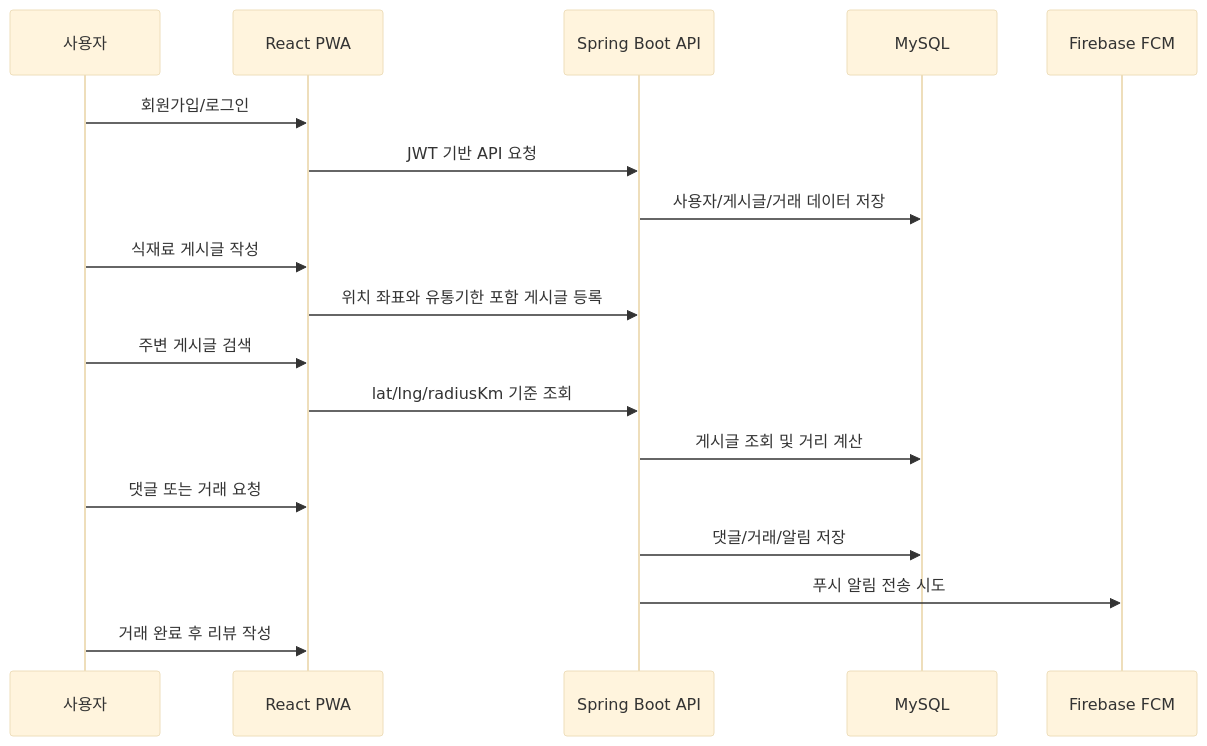
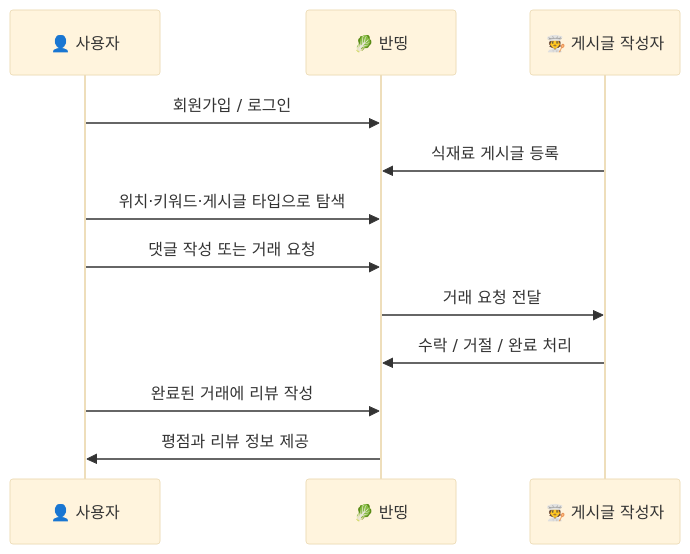
Before and after one commit to hjs7115/foodshare: the first of 2 diagrams in README.md, drawn with Mermaid (base theme). The commit also changed other lines of this file, not shown here.

````diff
--- a/README.md
+++ b/README.md
@@ -51,21 +66,15 @@
 ```mermaid
 sequenceDiagram
-    participant User as 사용자
-    participant Web as React PWA
-    participant API as Spring Boot API
-    participant DB as MySQL
-    participant FCM as Firebase FCM
+    participant 사용자 as 👤 사용자
+    participant 반띵 as 🥬 반띵
+    participant 작성자 as 🧑‍🍳 게시글 작성자
 
-    User->>Web: 회원가입/로그인
-    Web->>API: JWT 기반 API 요청
-    API->>DB: 사용자/게시글/거래 데이터 저장
-    User->>Web: 식재료 게시글 작성
-    Web->>API: 위치 좌표와 유통기한 포함 게시글 등록
-    User->>Web: 주변 게시글 검색
-    Web->>API: lat/lng/radiusKm 기준 조회
-    API->>DB: 게시글 조회 및 거리 계산
-    User->>Web: 댓글 또는 거래 요청
-    API->>DB: 댓글/거래/알림 저장
-    API->>FCM: 푸시 알림 전송 시도
-    User->>Web: 거래 완료 후 리뷰 작성
+    사용자->>반띵: 회원가입 / 로그인
+    작성자->>반띵: 식재료 게시글 등록
+    사용자->>반띵: 위치·키워드·게시글 타입으로 탐색
+    사용자->>반띵: 댓글 작성 또는 거래 요청
+    반띵->>작성자: 거래 요청 전달
+    작성자->>반띵: 수락 / 거절 / 완료 처리
+    사용자->>반띵: 완료된 거래에 리뷰 작성
+    반띵->>사용자: 평점과 리뷰 정보 제공
 ```
````
